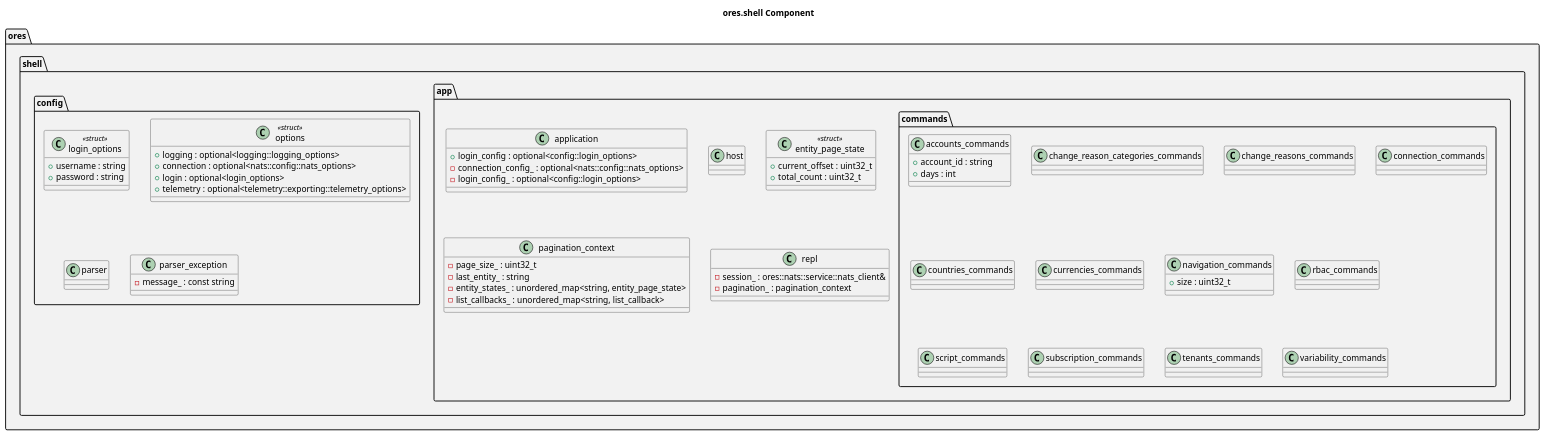
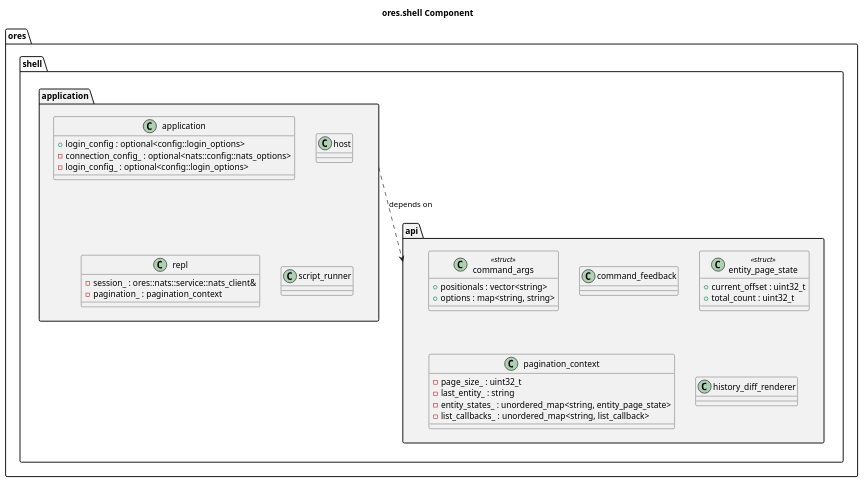
The diagram in projects/ores.shell/modeling/ores.shell.puml (OreStudio/OreStudio), drawn with PlantUML before and after one commit. The commit also changed 205 other files, not shown here.

First line of the commit message:
[ores.shell] Split the component into api and application parts

```diff
--- a/projects/ores.shell/modeling/ores.shell.puml
+++ b/projects/ores.shell/modeling/ores.shell.puml
@@ -18,86 +18,49 @@
 @startuml
 
 title ores.shell Component
 
-set namespaceSeparator ::
-
-namespace ores #F2F2F2 {
-    namespace shell #F2F2F2 {
-        namespace app #F2F2F2 {
-            class application {
-                +login_config : optional<config::login_options>
-                -connection_config_ : optional<nats::config::nats_options>
-                -login_config_ : optional<config::login_options>
-            }
-            class host {
-            }
-            class entity_page_state <<struct>> {
-                +current_offset : uint32_t
-                +total_count : uint32_t
-            }
-            class pagination_context {
-                -page_size_ : uint32_t
-                -last_entity_ : string
-                -entity_states_ : unordered_map<string, entity_page_state>
-                -list_callbacks_ : unordered_map<string, list_callback>
-            }
-            class repl {
-                -session_ : ores::nats::service::nats_client&
-                -pagination_ : pagination_context
-            }
-            namespace commands #F2F2F2 {
-                class accounts_commands {
-                    +account_id : string
-                    +days : int
-                }
-                class change_reason_categories_commands {
-                }
-                class change_reasons_commands {
-                }
-                class connection_commands {
-                }
-                class countries_commands {
-                }
-                class currencies_commands {
-                }
-                class navigation_commands {
-                    +size : uint32_t
-                }
-                class rbac_commands {
-                }
-                class script_commands {
-                }
-                class subscription_commands {
-                }
-                class tenants_commands {
-                }
-                class variability_commands {
-                }
-            }
-        }
-        namespace config #F2F2F2 {
-            class login_options <<struct>> {
-                +username : string
-                +password : string
-            }
-            class options <<struct>> {
-                +logging : optional<logging::logging_options>
-                +connection : optional<nats::config::nats_options>
-                +login : optional<login_options>
-                +telemetry : optional<telemetry::exporting::telemetry_options>
-            }
-            class parser {
-            }
-            class parser_exception {
-                -message_ : const string
-            }
-        }
+package "ores.shell.api" #F2F2F2 {
+    class command_args <<struct>> {
+        +positionals : vector<string>
+        +options : map<string, string>
+    }
+    class command_feedback {
+    }
+    class entity_page_state <<struct>> {
+        +current_offset : uint32_t
+        +total_count : uint32_t
+    }
+    class pagination_context {
+        -page_size_ : uint32_t
+        -last_entity_ : string
+        -entity_states_ : unordered_map<string, entity_page_state>
+        -list_callbacks_ : unordered_map<string, list_callback>
+    }
+    class history_diff_renderer {
     }
 }
+
+package "ores.shell.application" #F2F2F2 {
+    class application {
+        +login_config : optional<config::login_options>
+        -connection_config_ : optional<nats::config::nats_options>
+        -login_config_ : optional<config::login_options>
+    }
+    class host {
+    }
+    class repl {
+        -session_ : ores::nats::service::nats_client&
+        -pagination_ : pagination_context
+    }
+    class script_runner {
+    }
+}
+
+ores.shell.application ..> ores.shell.api : depends on
 
 ' --- manual: everything below this line is hand-authored; the script preserves it ---
 
 ' Local Variables:
 ' compile-command: "java -Djava.awt.headless=true -DPLANTUML_SECURITY_PROFILE=UNSECURE -DPLANTUML_LIMIT_SIZE=65535 -jar /usr/share/plantuml/plantuml.jar ores.shell.puml"
 ' End:
 @enduml
```
